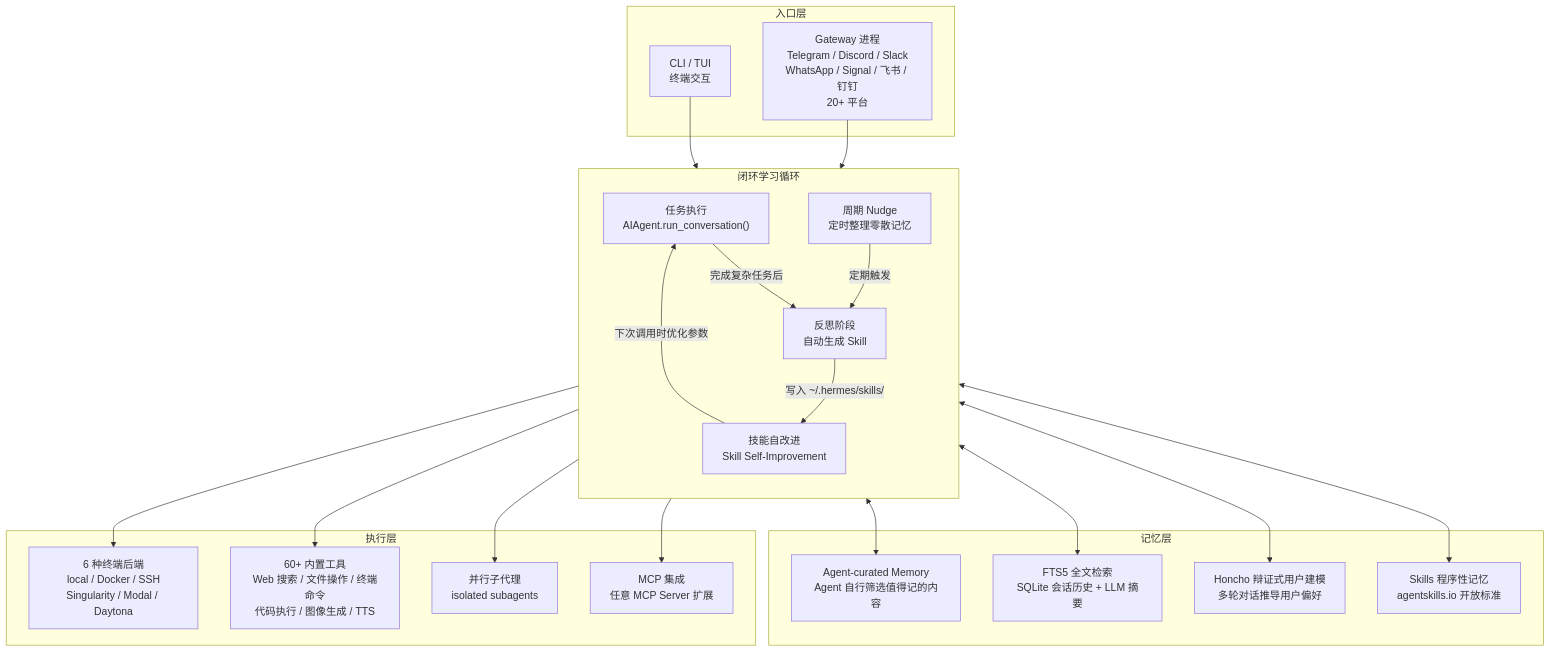
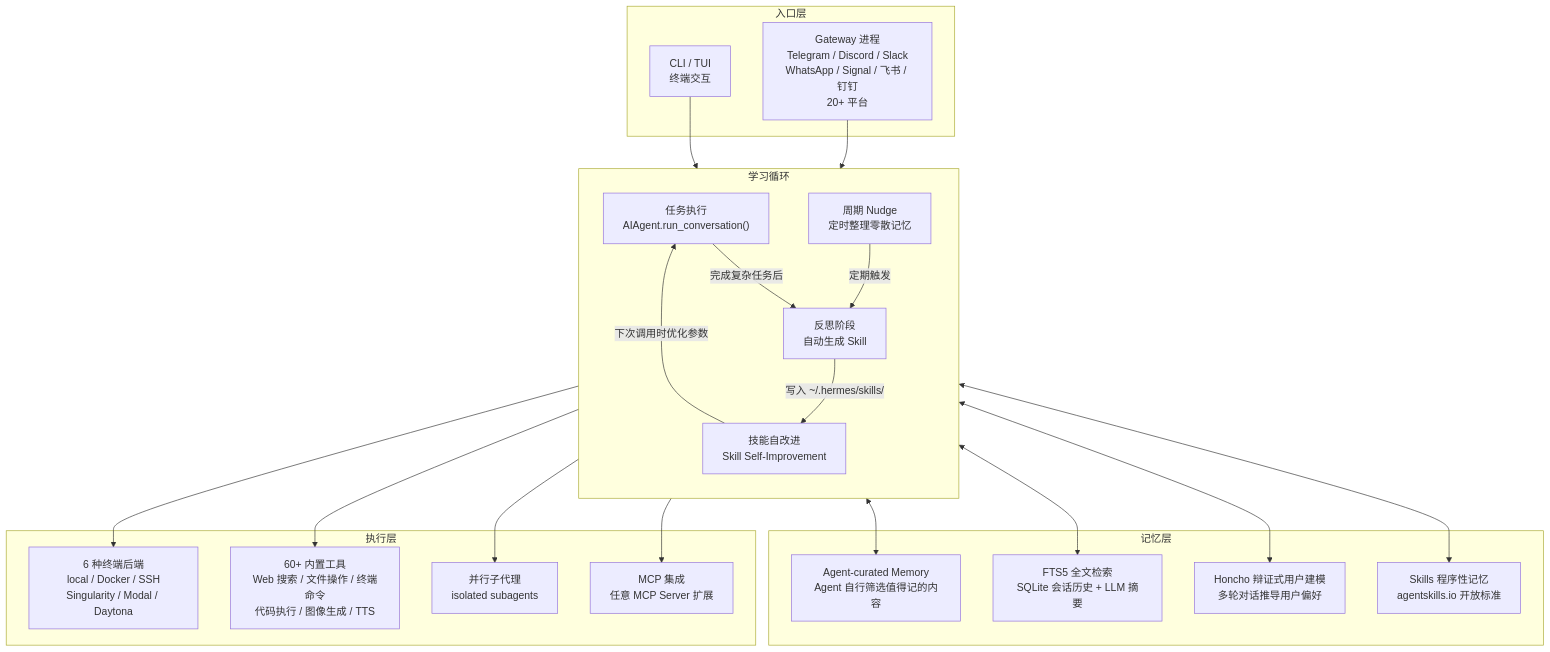
One commit to A1pha3/text-matrix changed the diagram in content/posts/tech/hermes-agent-nousresearch-self-improving-agent-guide.md. Above: the diagram before and after it, drawn with Mermaid. The commit also changed other lines of this file and 201 other files, not shown here.

````diff
--- a/content/posts/tech/hermes-agent-nousresearch-self-improving-agent-guide.md
+++ b/content/posts/tech/hermes-agent-nousresearch-self-improving-agent-guide.md
@@ -25,44 +25,44 @@
 ```mermaid
 graph TB
     subgraph 入口层["入口层"]
         CLI["CLI / TUI<br/>终端交互"]
         GW["Gateway 进程<br/>Telegram / Discord / Slack<br/>WhatsApp / Signal / 飞书 / 钉钉<br/>20+ 平台"]
     end
 
-    subgraph 学习循环["闭环学习循环"]
+    subgraph 学习循环["学习循环"]
         direction TB
         TASK["任务执行<br/>AIAgent.run_conversation()"]
         REFLECT["反思阶段<br/>自动生成 Skill"]
         IMPROVE["技能自改进<br/>Skill Self-Improvement"]
         NUDGE["周期 Nudge<br/>定时整理零散记忆"]
         TASK -->|"完成复杂任务后"| REFLECT
         REFLECT -->|"写入 ~/.hermes/skills/"| IMPROVE
         IMPROVE -->|"下次调用时优化参数"| TASK
         NUDGE -->|"定期触发"| REFLECT
     end
 
     subgraph 记忆层["记忆层"]
         MEM["Agent-curated Memory<br/>Agent 自行筛选值得记的内容"]
         FTS5["FTS5 全文检索<br/>SQLite 会话历史 + LLM 摘要"]
         HONCHO["Honcho 辩证式用户建模<br/>多轮对话推导用户偏好"]
         SKILLS["Skills 程序性记忆<br/>agentskills.io 开放标准"]
     end
 
     subgraph 执行层["执行层"]
         BACKEND["6 种终端后端<br/>local / Docker / SSH<br/>Singularity / Modal / Daytona"]
         TOOLS["60+ 内置工具<br/>Web 搜索 / 文件操作 / 终端命令<br/>代码执行 / 图像生成 / TTS"]
         SUB["并行子代理<br/>isolated subagents"]
         MCP["MCP 集成<br/>任意 MCP Server 扩展"]
     end
 
     CLI --> TASK
     GW --> TASK
     TASK <--> MEM
     TASK <--> FTS5
     TASK <--> HONCHO
     TASK <--> SKILLS
     TASK --> BACKEND
     TASK --> TOOLS
     TASK --> SUB
     TASK --> MCP
 ```
````
